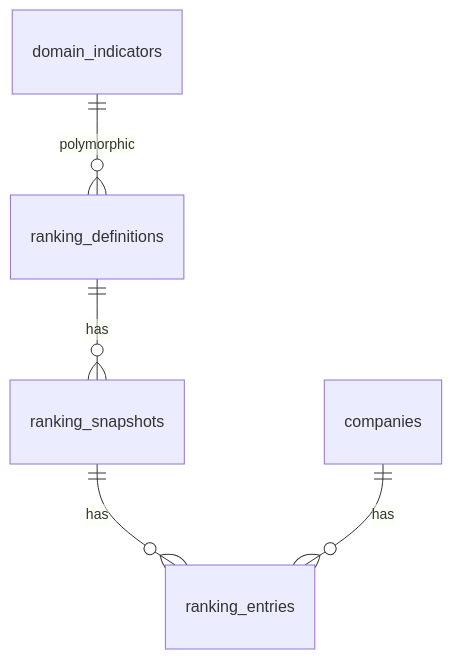
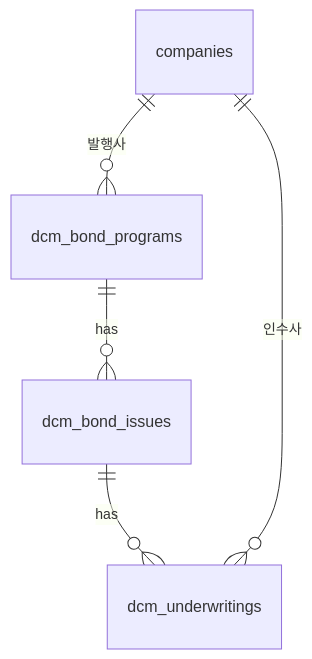
One commit to fntimes/docs changed the fourth of 8 diagrams in compass/database-schema.md. Above: the diagram before and after it, drawn with Mermaid. The commit also changed other lines of this file and 1 other file, not shown here.

````diff
--- a/compass/database-schema.md
+++ b/compass/database-schema.md
@@ -86,7 +83,7 @@
 ```mermaid
 erDiagram
-    ranking_definitions ||--o{ ranking_snapshots : has
-    ranking_snapshots ||--o{ ranking_entries : has
-    companies ||--o{ ranking_entries : has
-    domain_indicators ||--o{ ranking_definitions : "polymorphic"
+    companies ||--o{ dcm_bond_programs : "발행사"
+    dcm_bond_programs ||--o{ dcm_bond_issues : has
+    dcm_bond_issues ||--o{ dcm_underwritings : has
+    companies ||--o{ dcm_underwritings : "인수사"
 ```
````
